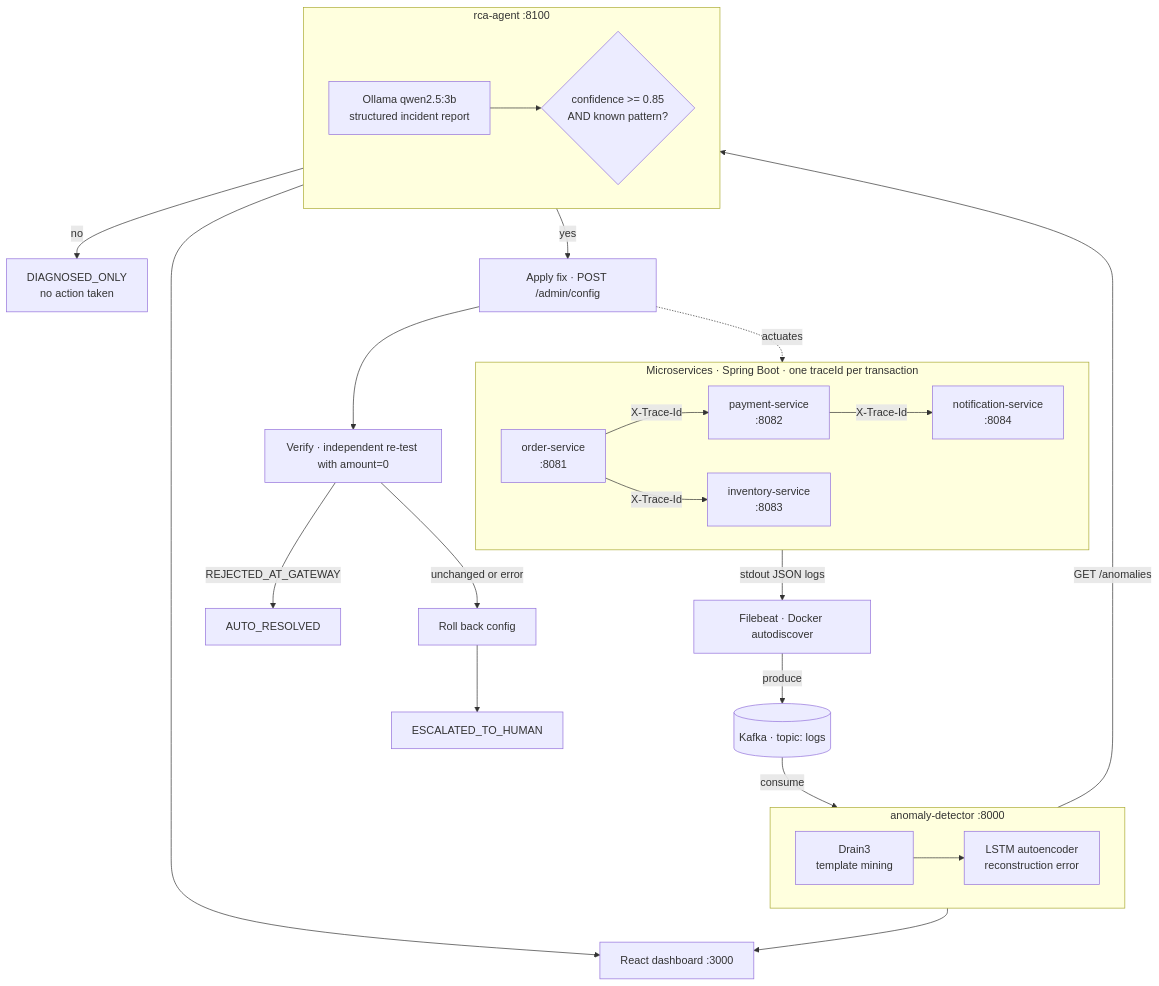
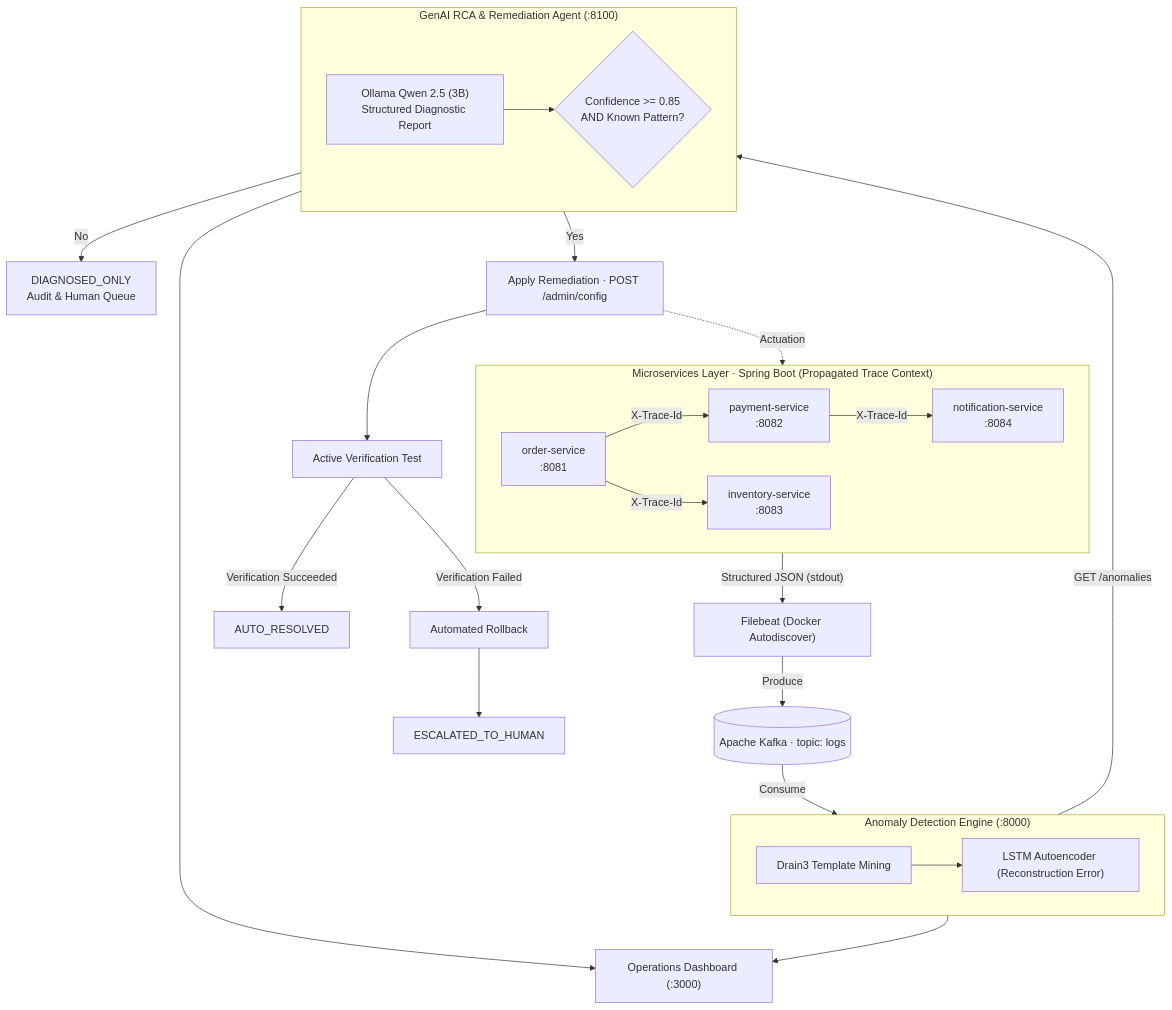
One commit to yashxcode91/TraceMind changed the diagram in README.md. Above: the diagram before and after it, drawn with Mermaid. The commit also changed other lines of this file, not shown here.

Commit message:
docs: formalize project documentation and architecture overview

````diff
--- a/README.md
+++ b/README.md
@@ -52,36 +36,36 @@
 ```mermaid
 flowchart TD
-    subgraph SVC["Microservices · Spring Boot · one traceId per transaction"]
+    subgraph SVC["Microservices Layer · Spring Boot (Propagated Trace Context)"]
         direction LR
         OS["order-service<br/>:8081"] -->|X-Trace-Id| PS["payment-service<br/>:8082"]
         OS -->|X-Trace-Id| IS["inventory-service<br/>:8083"]
         PS -->|X-Trace-Id| NS["notification-service<br/>:8084"]
     end
 
-    SVC -->|"stdout JSON logs"| FB["Filebeat · Docker autodiscover"]
-    FB -->|produce| KAF[("Kafka · topic: logs")]
+    SVC -->|"Structured JSON (stdout)"| FB["Filebeat (Docker Autodiscover)"]
+    FB -->|Produce| KAF[("Apache Kafka · topic: logs")]
 
-    subgraph AD["anomaly-detector :8000"]
+    subgraph AD["Anomaly Detection Engine (:8000)"]
         direction LR
-        DR["Drain3<br/>template mining"] --> LS["LSTM autoencoder<br/>reconstruction error"]
+        DR["Drain3 Template Mining"] --> LS["LSTM Autoencoder (Reconstruction Error)"]
     end
 
-    KAF -->|consume| DR
+    KAF -->|Consume| DR
 
-    subgraph RCA["rca-agent :8100"]
+    subgraph RCA["GenAI RCA & Remediation Agent (:8100)"]
         direction LR
-        LLM["Ollama qwen2.5:3b<br/>structured incident report"] --> GATE{"confidence >= 0.85<br/>AND known pattern?"}
+        LLM["Ollama Qwen 2.5 (3B)<br/>Structured Diagnostic Report"] --> GATE{"Confidence >= 0.85<br/>AND Known Pattern?"}
     end
 
     LS -->|"GET /anomalies"| LLM
 
-    GATE -->|no| DIAG["DIAGNOSED_ONLY<br/>no action taken"]
-    GATE -->|yes| APPLY["Apply fix · POST /admin/config"]
-    APPLY --> VER["Verify · independent re-test with amount=0"]
-    VER -->|"REJECTED_AT_GATEWAY"| OK["AUTO_RESOLVED"]
-    VER -->|"unchanged or error"| RB["Roll back config"] --> ESC["ESCALATED_TO_HUMAN"]
+    GATE -->|No| DIAG["DIAGNOSED_ONLY<br/>Audit & Human Queue"]
+    GATE -->|Yes| APPLY["Apply Remediation · POST /admin/config"]
+    APPLY --> VER["Active Verification Test"]
+    VER -->|"Verification Succeeded"| OK["AUTO_RESOLVED"]
+    VER -->|"Verification Failed"| RB["Automated Rollback"] --> ESC["ESCALATED_TO_HUMAN"]
 
-    APPLY -.->|"actuates"| SVC
-    LS --> DASH["React dashboard :3000"]
+    APPLY -.->|"Actuation"| SVC
+    LS --> DASH["Operations Dashboard (:3000)"]
     GATE --> DASH
 ```
````
